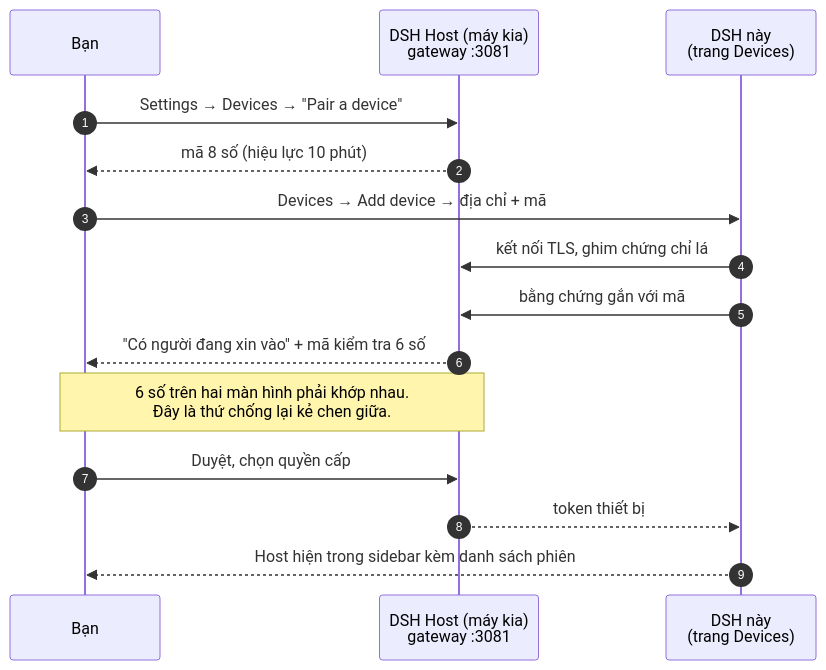
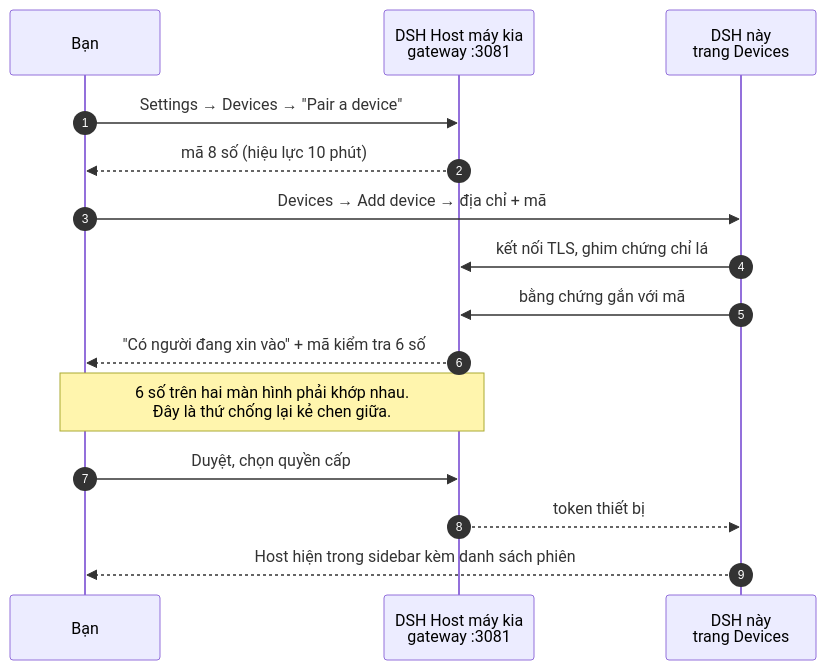
The first of 5 diagrams in README.vi.md (nesteacold/dsh-remote), drawn with Mermaid before and after one commit. The commit also changed other lines of this file and 1 other file, not shown here.

Commit message:
docs: keep mermaid participant labels free of parentheses
Some mermaid versions treat '(' inside a participant alias as syntax; the
diagrams should not depend on which version GitHub ships.

````diff
--- a/README.vi.md
+++ b/README.vi.md
@@ -85,18 +85,18 @@
 ```mermaid
 sequenceDiagram
     autonumber
     participant Ban as Bạn
-    participant Host as DSH Host (máy kia)<br/>gateway :3081
-    participant Local as DSH này<br/>(trang Devices)
+    participant Host as DSH Host máy kia<br/>gateway :3081
+    participant Local as DSH này<br/>trang Devices
 
     Ban->>Host: Settings → Devices → "Pair a device"
     Host-->>Ban: mã 8 số (hiệu lực 10 phút)
     Ban->>Local: Devices → Add device → địa chỉ + mã
     Local->>Host: kết nối TLS, ghim chứng chỉ lá
     Local->>Host: bằng chứng gắn với mã
     Host-->>Ban: "Có người đang xin vào" + mã kiểm tra 6 số
     Note over Ban,Host: 6 số trên hai màn hình phải khớp nhau.<br/>Đây là thứ chống lại kẻ chen giữa.
     Ban->>Host: Duyệt, chọn quyền cấp
     Host-->>Local: token thiết bị
     Local-->>Ban: Host hiện trong sidebar kèm danh sách phiên
 ```
````
